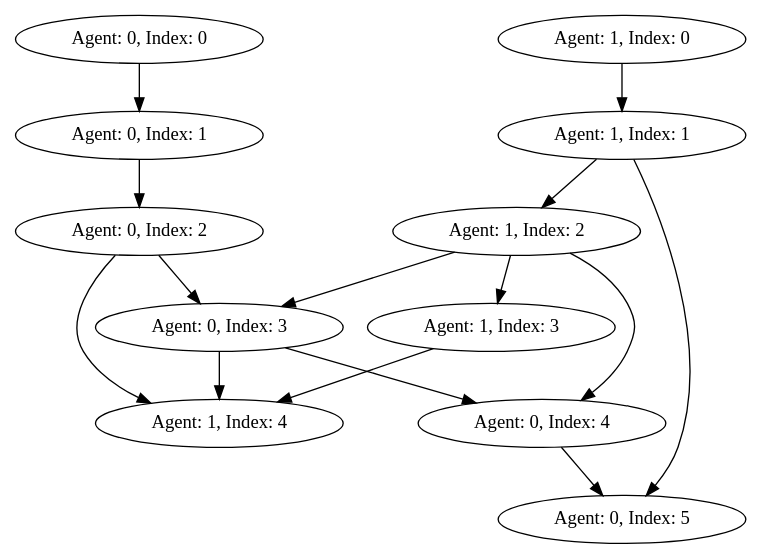
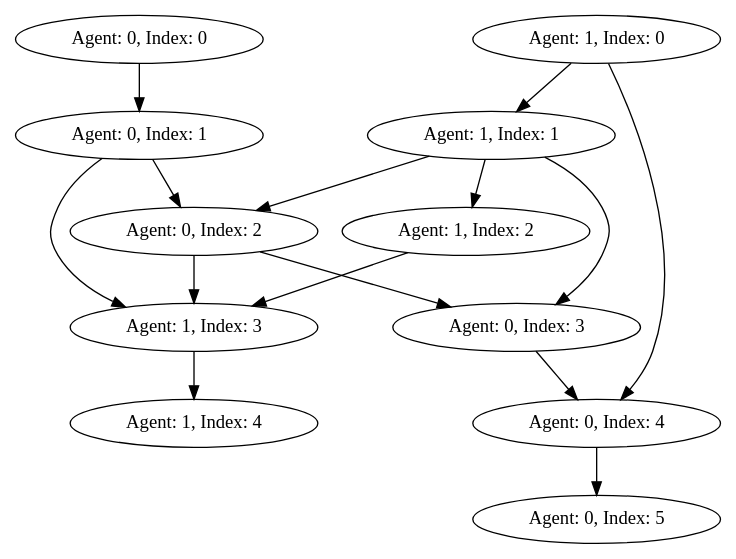
One commit to arjo129/mapf_post changed the diagram in intersection.dot. Above: the diagram before and after it, drawn with Graphviz. The commit also changed 13 other files, not shown here.

```diff
--- a/intersection.dot
+++ b/intersection.dot
@@ -1,27 +1,27 @@
 digraph SemanticPlan {
     0 [label="Agent: 0, Index: 0"];
     1 [label="Agent: 0, Index: 1"];
     2 [label="Agent: 0, Index: 2"];
     3 [label="Agent: 0, Index: 3"];
     4 [label="Agent: 0, Index: 4"];
     5 [label="Agent: 0, Index: 5"];
     6 [label="Agent: 1, Index: 0"];
     7 [label="Agent: 1, Index: 1"];
     8 [label="Agent: 1, Index: 2"];
     9 [label="Agent: 1, Index: 3"];
     10 [label="Agent: 1, Index: 4"];
+    0 -> 1;
+    8 -> 9;
+    1 -> 9;
+    2 -> 9;
+    3 -> 4;
+    6 -> 4;
+    6 -> 7;
+    1 -> 2;
+    7 -> 2;
+    4 -> 5;
     7 -> 8;
-    8 -> 9;
+    2 -> 3;
+    7 -> 3;
     9 -> 10;
-    2 -> 10;
-    3 -> 10;
-    4 -> 5;
-    7 -> 5;
-    6 -> 7;
-    3 -> 4;
-    8 -> 4;
-    2 -> 3;
-    8 -> 3;
-    1 -> 2;
-    0 -> 1;
 }
```
